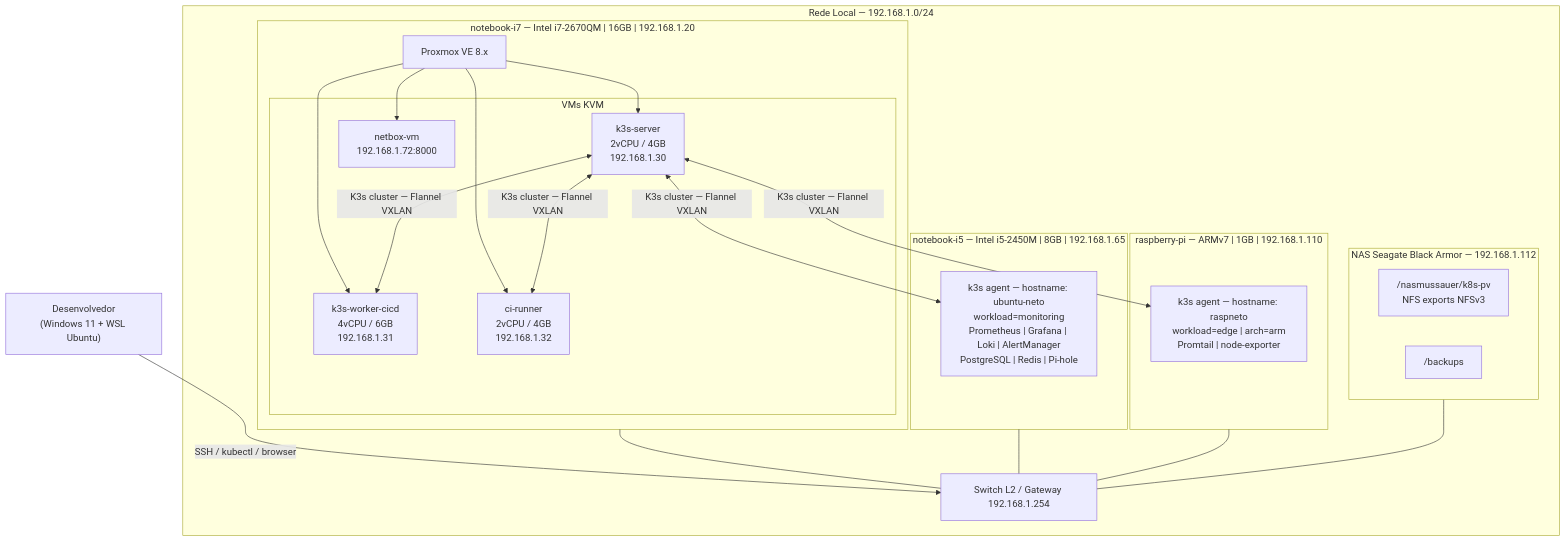
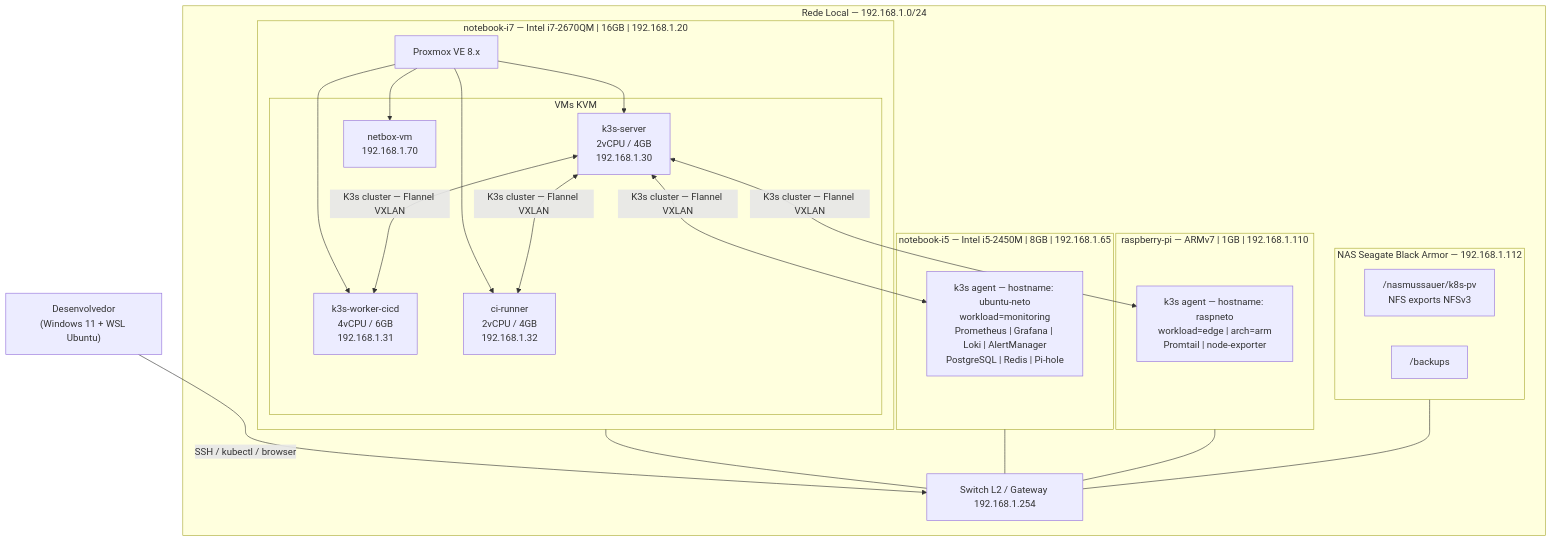
Before and after one commit to netomussauer/infra-lab: the first of 4 diagrams in docs/architecture.md, drawn with Mermaid. The commit also changed other lines of this file and 10 other files, not shown here.

````diff
--- a/docs/architecture.md
+++ b/docs/architecture.md
@@ -66,36 +66,36 @@
 ```mermaid
 flowchart TD
     subgraph LAN["Rede Local — 192.168.1.0/24"]
 
         subgraph NAS_HOST["NAS Seagate Black Armor — 192.168.1.112"]
             NFS_KV["/nasmussauer/k8s-pv\nNFS exports NFSv3"]
             NFS_BK["/backups"]
         end
 
         subgraph I7["notebook-i7 — Intel i7-2670QM | 16GB | 192.168.1.20"]
             PVE["Proxmox VE 8.x"]
             subgraph VMs["VMs KVM"]
                 VM_SERVER["k3s-server\n2vCPU / 4GB\n192.168.1.30"]
                 VM_CICD["k3s-worker-cicd\n4vCPU / 6GB\n192.168.1.31"]
                 VM_RUNNER["ci-runner\n2vCPU / 4GB\n192.168.1.32"]
-                VM_NETBOX["netbox-vm\n192.168.1.72:8000"]
+                VM_NETBOX["netbox-vm\n192.168.1.70"]
             end
             PVE --> VM_SERVER & VM_CICD & VM_RUNNER & VM_NETBOX
         end
 
         subgraph I5["notebook-i5 — Intel i5-2450M | 8GB | 192.168.1.65"]
             K3S_I5["k3s agent — hostname: ubuntu-neto\nworkload=monitoring\nPrometheus | Grafana | Loki | AlertManager\nPostgreSQL | Redis | Pi-hole"]
         end
 
         subgraph RPI["raspberry-pi — ARMv7 | 1GB | 192.168.1.110"]
             K3S_RPI["k3s agent — hostname: raspneto\nworkload=edge | arch=arm\nPromtail | node-exporter"]
         end
 
         VM_SERVER <-->|"K3s cluster — Flannel VXLAN"| VM_CICD & VM_RUNNER & K3S_I5 & K3S_RPI
 
         SWITCH["Switch L2 / Gateway 192.168.1.254"]
         I7 & I5 & RPI & NAS_HOST --- SWITCH
     end
 
     DEV["Desenvolvedor\n(Windows 11 + WSL Ubuntu)"] -->|"SSH / kubectl / browser"| SWITCH
 ```
````
